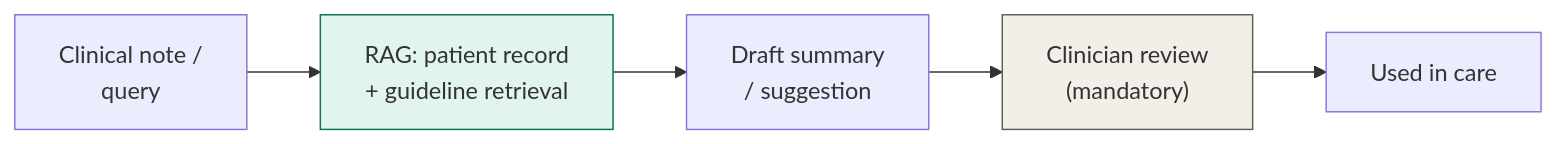
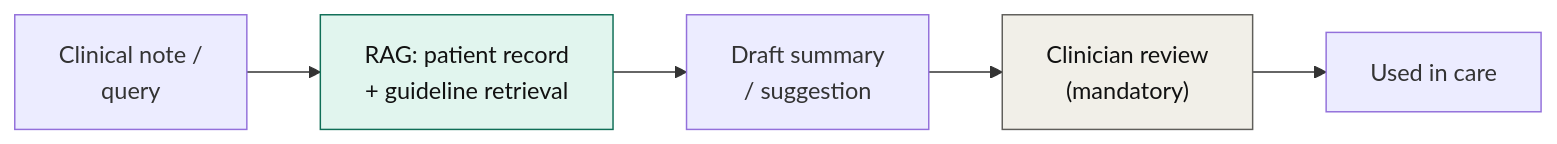
Before and after one commit to kkadapa/ai-architecture-primer: the second of 3 diagrams in sections/06-industry-walkthroughs.md, drawn with Mermaid. The commit also changed other lines of this file and 6 other files, not shown here.

First line of the commit message:
Fix Mermaid dark-mode contrast and add diagram previews to README

````diff
--- a/sections/06-industry-walkthroughs.md
+++ b/sections/06-industry-walkthroughs.md
@@ -46,10 +46,10 @@
 ```mermaid
 flowchart LR
     NOTE["Clinical note /\nquery"] --> RAG["RAG: patient record\n+ guideline retrieval"]
     RAG --> DRAFT["Draft summary\n/ suggestion"]
     DRAFT --> REVIEW["Clinician review\n(mandatory)"]
     REVIEW --> USE["Used in care"]
 
-    style RAG fill:#E1F5EE,stroke:#0F6E56,stroke-width:1px
-    style REVIEW fill:#F1EFE8,stroke:#5F5E5A,stroke-width:1px
+    style RAG fill:#E1F5EE,stroke:#0F6E56,stroke-width:1px,color:#111111
+    style REVIEW fill:#F1EFE8,stroke:#5F5E5A,stroke-width:1px,color:#111111
 ```
````
